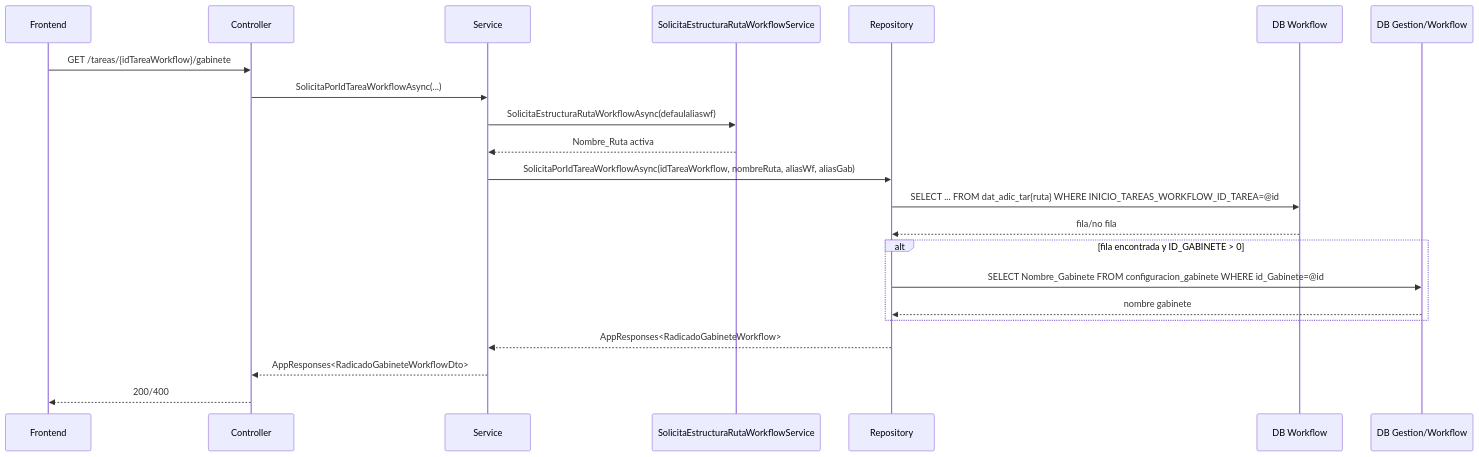
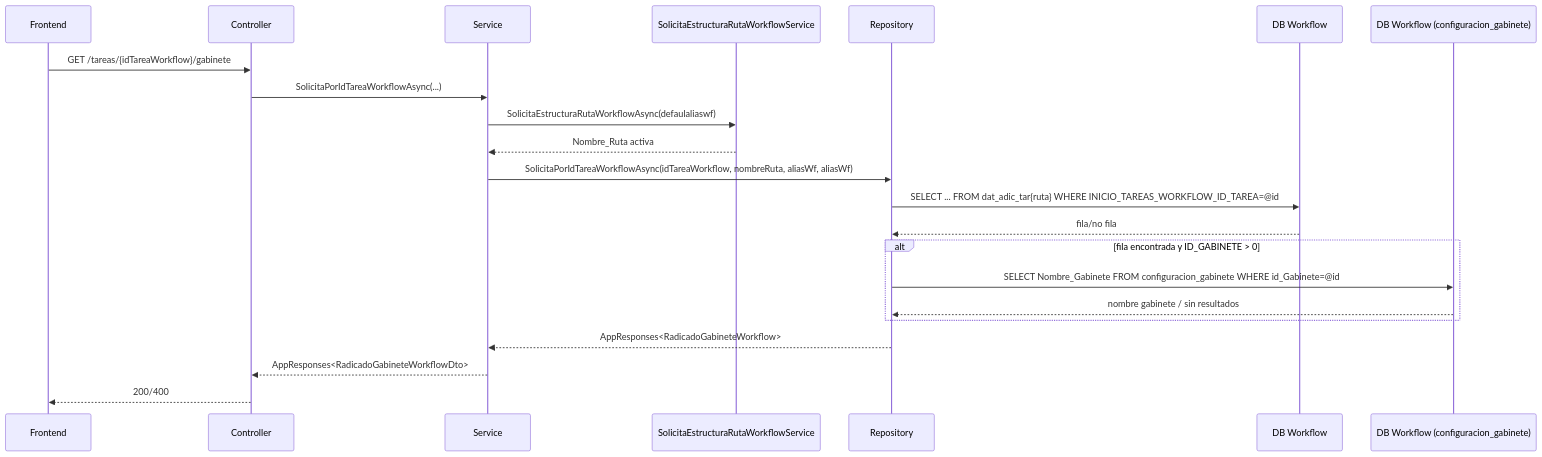
Before and after one commit to miguelurueta/DocuArchiCore: the second of 2 diagrams in Docs/Workflow/RutaTrabajo/SCRUM-207-Diagramas.md, drawn with Mermaid. The commit also changed other lines of this file and 10 other files, not shown here.

Commit message:
SCRUM-207 alinea docs/spec/tests con alias WF y NombreGabinete obligatorio

````diff
--- a/Docs/Workflow/RutaTrabajo/SCRUM-207-Diagramas.md
+++ b/Docs/Workflow/RutaTrabajo/SCRUM-207-Diagramas.md
@@ -33,25 +33,25 @@
 ```mermaid
 sequenceDiagram
     participant FE as Frontend
     participant API as Controller
     participant SVC as Service
     participant RUTA as SolicitaEstructuraRutaWorkflowService
     participant REP as Repository
     participant DBWF as DB Workflow
-    participant DBGD as DB Gestion/Workflow
+    participant DBGAB as DB Workflow (configuracion_gabinete)
 
     FE->>API: GET /tareas/{idTareaWorkflow}/gabinete
     API->>SVC: SolicitaPorIdTareaWorkflowAsync(...)
     SVC->>RUTA: SolicitaEstructuraRutaWorkflowAsync(defaulaliaswf)
     RUTA-->>SVC: Nombre_Ruta activa
-    SVC->>REP: SolicitaPorIdTareaWorkflowAsync(idTareaWorkflow, nombreRuta, aliasWf, aliasGab)
+    SVC->>REP: SolicitaPorIdTareaWorkflowAsync(idTareaWorkflow, nombreRuta, aliasWf, aliasWf)
     REP->>DBWF: SELECT ... FROM dat_adic_tar{ruta} WHERE INICIO_TAREAS_WORKFLOW_ID_TAREA=@id
     DBWF-->>REP: fila/no fila
     alt fila encontrada y ID_GABINETE > 0
-        REP->>DBGD: SELECT Nombre_Gabinete FROM configuracion_gabinete WHERE id_Gabinete=@id
-        DBGD-->>REP: nombre gabinete
+        REP->>DBGAB: SELECT Nombre_Gabinete FROM configuracion_gabinete WHERE id_Gabinete=@id
+        DBGAB-->>REP: nombre gabinete / sin resultados
     end
     REP-->>SVC: AppResponses<RadicadoGabineteWorkflow>
     SVC-->>API: AppResponses<RadicadoGabineteWorkflowDto>
     API-->>FE: 200/400
 ```
````
